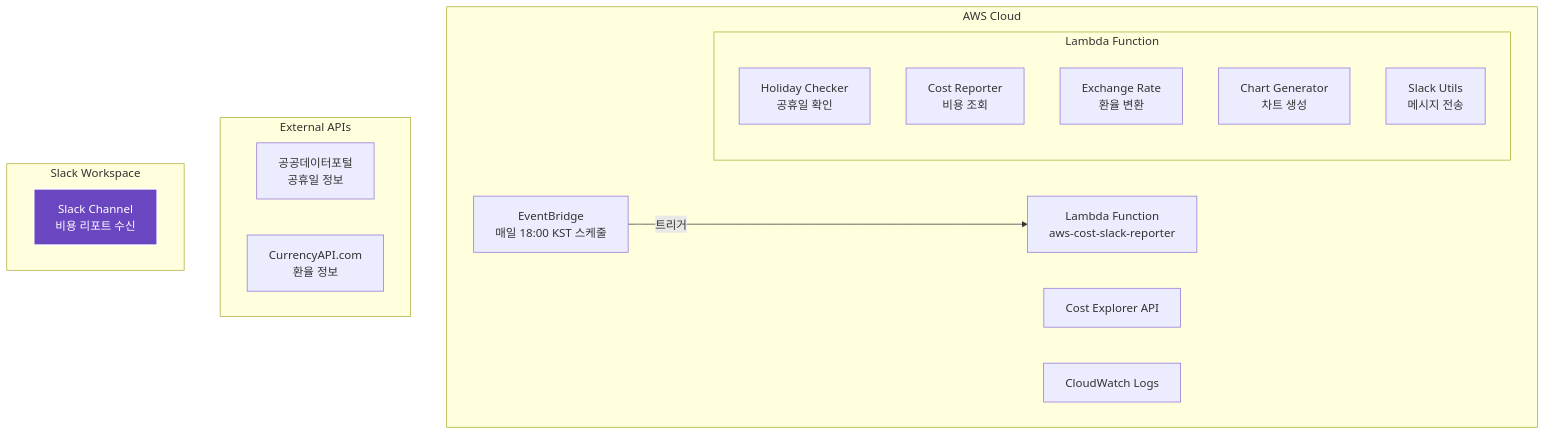
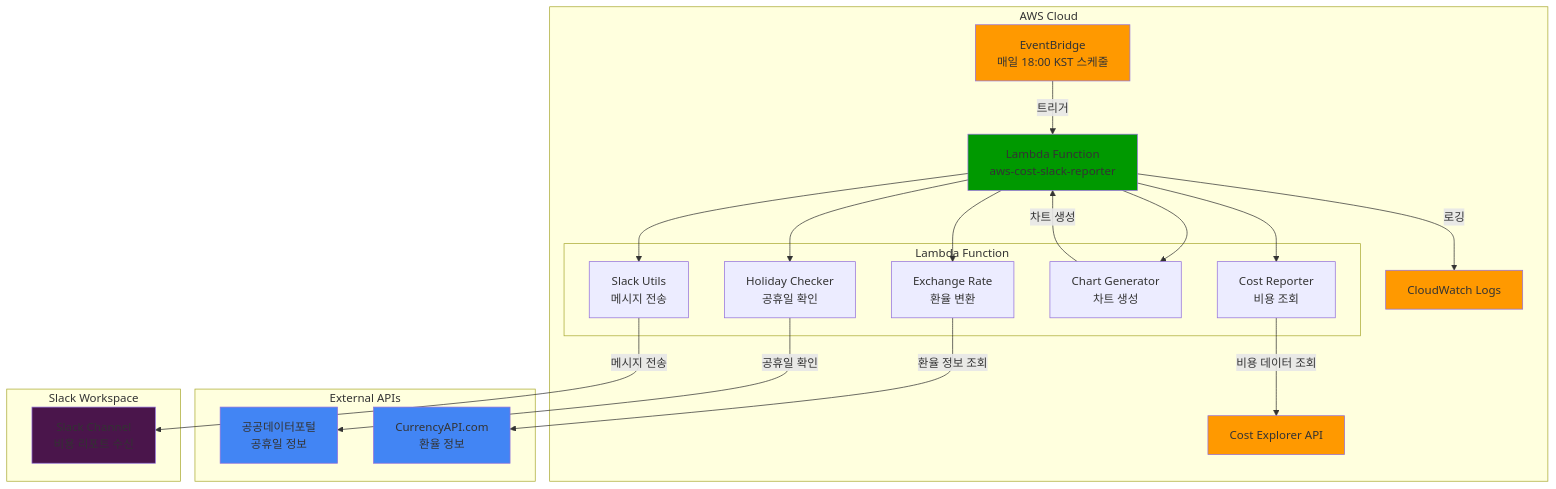
Before and after one commit to dongkoony/aws-cost-slack-reporter: the first of 2 diagrams in README.md, drawn with Mermaid.

Commit message:
docs: README.md에 데이터 플로우 다이어그램 및 스타일 추가

````diff
--- a/README.md
+++ b/README.md
@@ -123,31 +123,47 @@
 ```mermaid
 graph TB
     subgraph "AWS Cloud"
         EB[EventBridge<br/>매일 18:00 KST 스케줄]
         L[Lambda Function<br/>aws-cost-slack-reporter]
         CE[Cost Explorer API]
         CW[CloudWatch Logs]
         
         subgraph "Lambda Function"
             HC[Holiday Checker<br/>공휴일 확인]
             CR[Cost Reporter<br/>비용 조회]
             ER[Exchange Rate<br/>환율 변환]
             CG[Chart Generator<br/>차트 생성]
             SU[Slack Utils<br/>메시지 전송]
         end
     end
     
     subgraph "External APIs"
         PD[공공데이터포털<br/>공휴일 정보]
         CA[CurrencyAPI.com<br/>환율 정보]
     end
     
     subgraph "Slack Workspace"
         SC[Slack Channel<br/>비용 리포트 수신]
     end
     
     EB -->|트리거| L
+    L --> HC
+    HC -->|공휴일 확인| PD
+    L --> CR
+    CR -->|비용 데이터 조회| CE
+    L --> ER
+    ER -->|환율 정보 조회| CA
+    L --> CG
+    CG -->|차트 생성| L
+    L --> SU
+    SU -->|메시지 전송| SC
+    L -->|로깅| CW
     
-    classDef slackNode fill:#6B46C1,stroke:#FFFFFF,stroke-width:2px,color:#FFFFFF
-    class SC slackNode
+    style EB fill:#FF9900
+    style L fill:#009900
+    style CE fill:#FF9900
+    style CW fill:#FF9900
+    style PD fill:#4285F4
+    style CA fill:#4285F4
+    style SC fill:#4A154B
 ```
````
